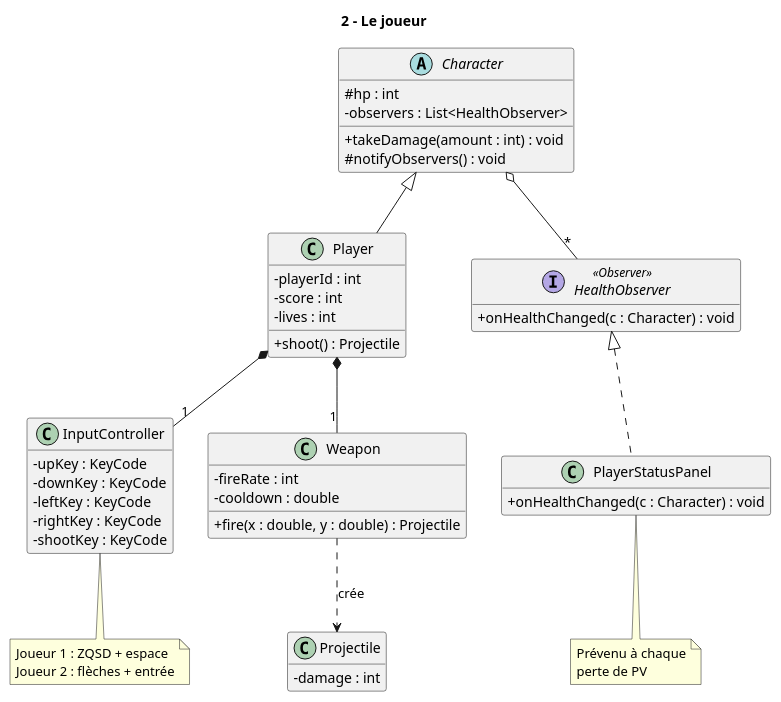
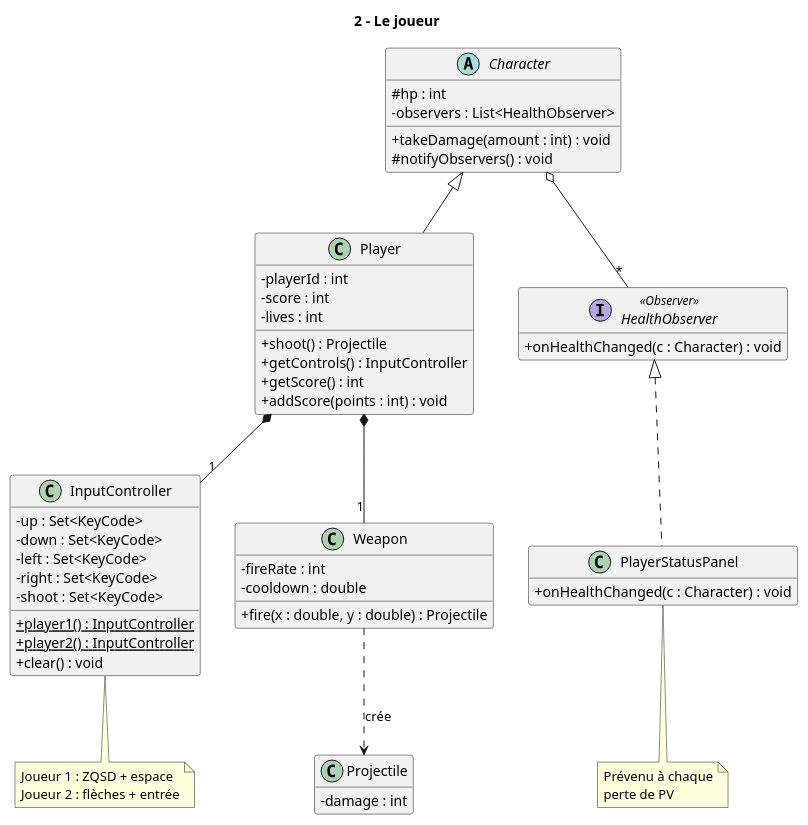
The diagram in Docs/Diagrammes/2_joueur.puml (MeghCH/2d-Game-Natural-Fatal-IA), drawn with PlantUML before and after one commit. The commit also changed 6 other files, not shown here.

First line of the commit message:
docs(uml): update diagrams to match implementation

```diff
--- a/Docs/Diagrammes/2_joueur.puml
+++ b/Docs/Diagrammes/2_joueur.puml
@@ -1,65 +1,71 @@
 @startuml 2_joueur
 title 2 - Le joueur
 
 skinparam classAttributeIconSize 0
 skinparam shadowing false
 hide empty members
 
 abstract class Character {
   # hp : int
   - observers : List<HealthObserver>
   + takeDamage(amount : int) : void
   # notifyObservers() : void
 }
 
 class Player {
   - playerId : int
   - score : int
   - lives : int
   + shoot() : Projectile
+  + getControls() : InputController
+  + getScore() : int
+  + addScore(points : int) : void
 }
 
 class InputController {
-  - upKey : KeyCode
-  - downKey : KeyCode
-  - leftKey : KeyCode
-  - rightKey : KeyCode
-  - shootKey : KeyCode
+  - up : Set<KeyCode>
+  - down : Set<KeyCode>
+  - left : Set<KeyCode>
+  - right : Set<KeyCode>
+  - shoot : Set<KeyCode>
+  + {static} player1() : InputController
+  + {static} player2() : InputController
+  + clear() : void
 }
 
 class Weapon {
   - fireRate : int
   - cooldown : double
   + fire(x : double, y : double) : Projectile
 }
 
 class Projectile {
   - damage : int
 }
 
 interface HealthObserver <<Observer>> {
   + onHealthChanged(c : Character) : void
 }
 
 class PlayerStatusPanel {
   + onHealthChanged(c : Character) : void
 }
 
 Character <|-- Player
 Player *-- "1" InputController
 Player *-- "1" Weapon
 Weapon ..> Projectile : crée
 Character o-- "*" HealthObserver
 HealthObserver <|.. PlayerStatusPanel
 
 note bottom of InputController
   Joueur 1 : ZQSD + espace
   Joueur 2 : flèches + entrée
 end note
 
 note bottom of PlayerStatusPanel
   Prévenu à chaque
   perte de PV
 end note
 
 @enduml
```
